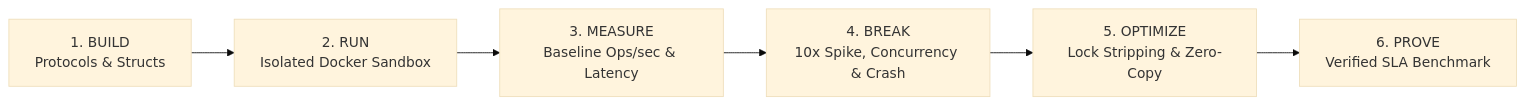
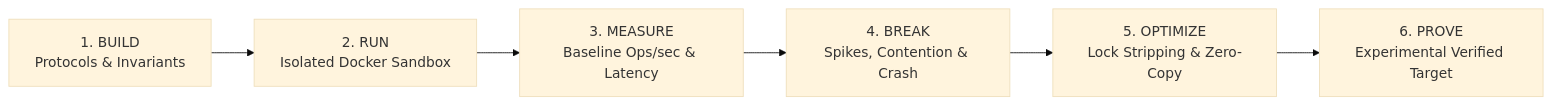
The first of 12 diagrams in CHALLENGES_ARCHITECTURE.md (PandiaJason/ALGO), drawn with Mermaid (base theme) before and after one commit. The commit also changed other lines of this file and 12 other files, not shown here.

Commit message:
refactor(curriculum): reframe challenges with honest systems engineering archetypes, flowcharts, and experimental benchmarks

````diff
--- a/CHALLENGES_ARCHITECTURE.md
+++ b/CHALLENGES_ARCHITECTURE.md
@@ -32,8 +36,8 @@
 ```mermaid
 flowchart LR
-    A[1. BUILD<br/>Protocols & Structs] --> B[2. RUN<br/>Isolated Docker Sandbox]
+    A[1. BUILD<br/>Protocols & Invariants] --> B[2. RUN<br/>Isolated Docker Sandbox]
     B --> C[3. MEASURE<br/>Baseline Ops/sec & Latency]
-    C --> D[4. BREAK<br/>10x Spike, Concurrency & Crash]
+    C --> D[4. BREAK<br/>Spikes, Contention & Crash]
     D --> E[5. OPTIMIZE<br/>Lock Stripping & Zero-Copy]
-    E --> F[6. PROVE<br/>Verified SLA Benchmark]
+    E --> F[6. PROVE<br/>Experimental Verified Target]
 ```
````
